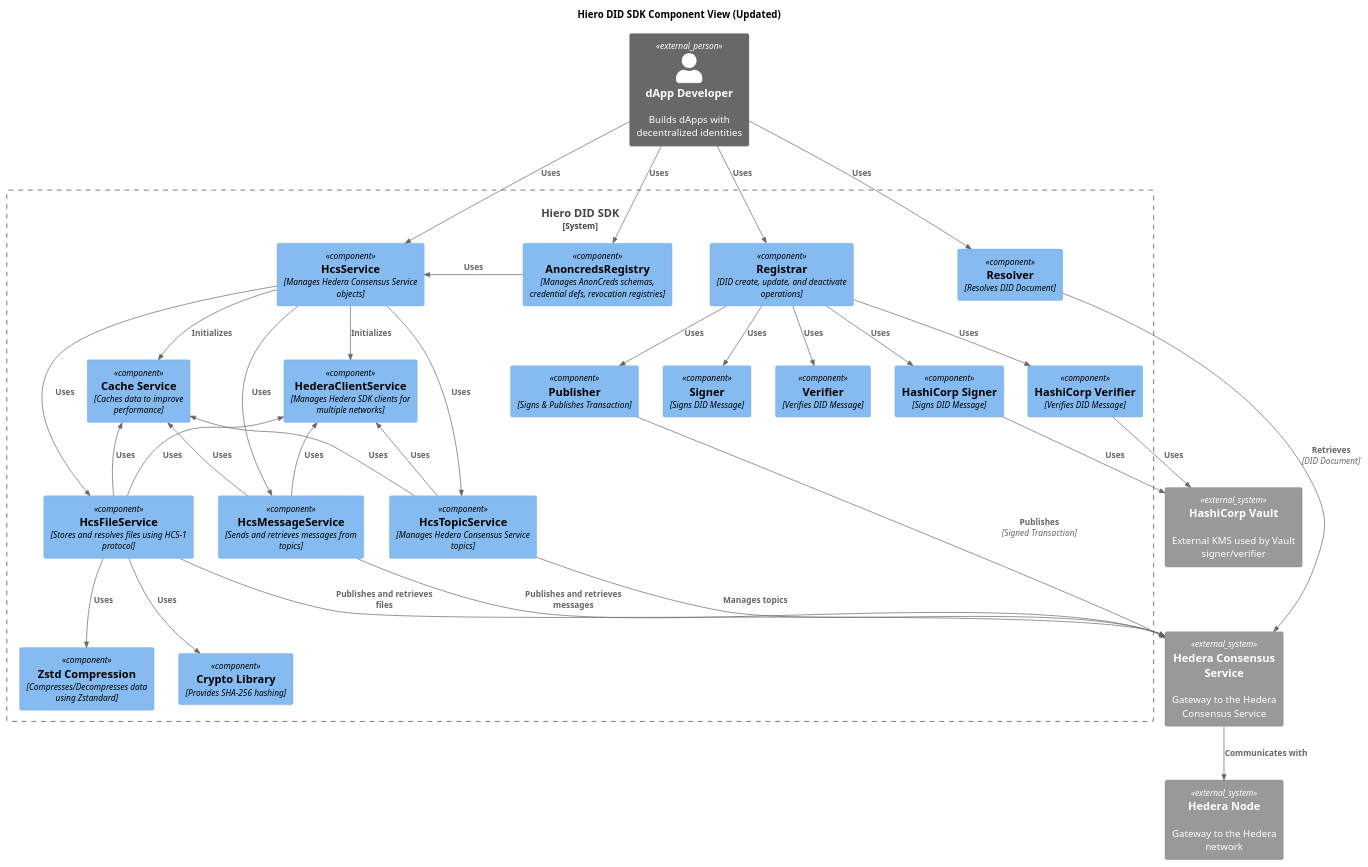
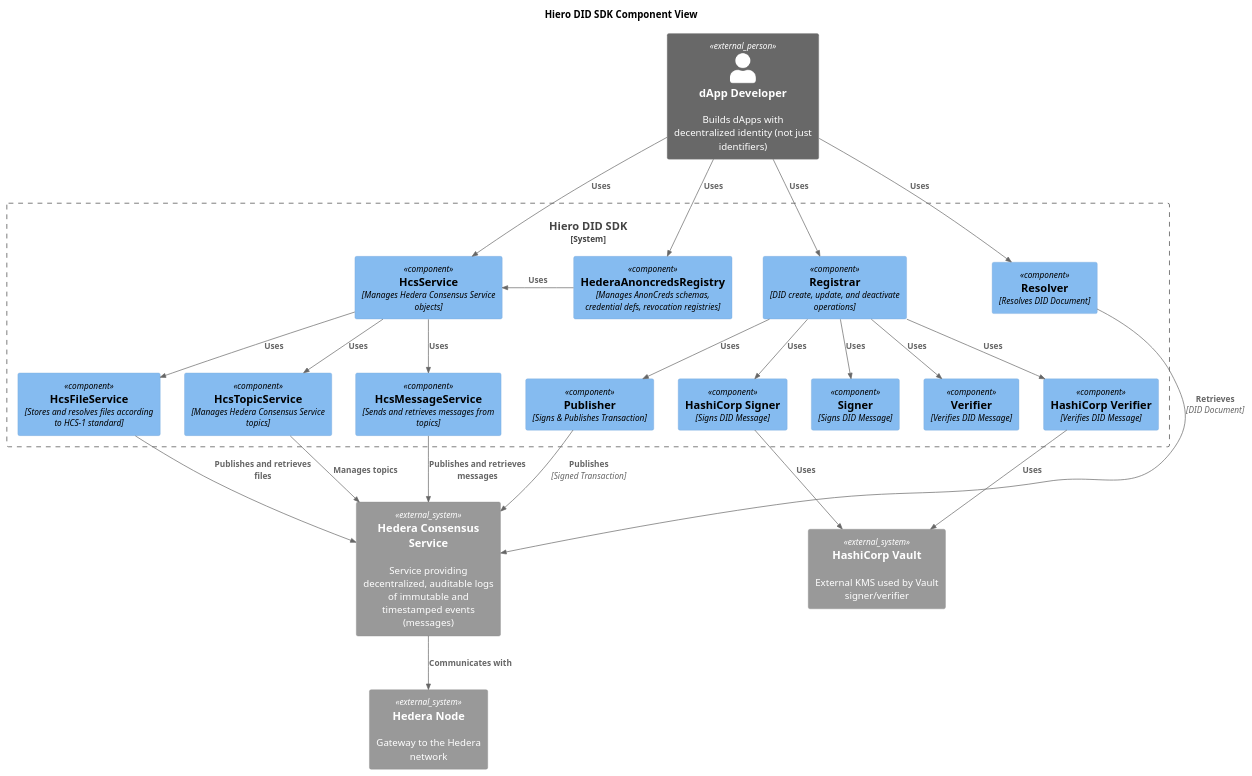
One commit to hiero-ledger/hiero-did-sdk-js changed the diagram in docs/modules/ROOT/pages/02-design/diagrams/component-view-diagram.puml. Above: the diagram before and after it, drawn with PlantUML. The commit also changed 35 other files, not shown here.

```diff
--- a/docs/modules/ROOT/pages/02-design/diagrams/component-view-diagram.puml
+++ b/docs/modules/ROOT/pages/02-design/diagrams/component-view-diagram.puml
@@ -1,86 +1,65 @@
 @startuml
 !include https://raw.githubusercontent.com/plantuml-stdlib/C4-PlantUML/master/C4_Component.puml
 
-title Hiero DID SDK Component View (Updated)
+title Hiero DID SDK Component View
 
-Person_Ext(developer, "dApp Developer", "Builds dApps with decentralized identities")
+Person_Ext(developer, "dApp Developer", "Builds dApps with decentralized identity (not just identifiers)")
 
 System_Boundary(c1, "Hiero DID SDK") {
 
   Component(registrar, "Registrar", "DID create, update, and deactivate operations")
   Component(resolver, "Resolver", "Resolves DID Document")
   Component(hcsService, "HcsService", "Manages Hedera Consensus Service objects")
-  Component(anoncredsRegistry, "AnoncredsRegistry", "Manages AnonCreds schemas, credential defs, revocation registries")
+  Component(anoncredsRegistry, "HederaAnoncredsRegistry", "Manages AnonCreds schemas, credential defs, revocation registries")
 
   Component(signer, "Signer", "Signs DID Message")
   Component(verifier, "Verifier", "Verifies DID Message")
 
   Component(publisher, "Publisher", "Signs & Publishes Transaction")
 
   Component(hashicorpSigner, "HashiCorp Signer", "Signs DID Message")
   Component(hashicorpVerifier, "HashiCorp Verifier", "Verifies DID Message")
 
-  Component(hederaClientService, "HederaClientService", "Manages Hedera SDK clients for multiple networks")
-
   Component(hcsTopicService, "HcsTopicService", "Manages Hedera Consensus Service topics")
   Component(hcsMessageService, "HcsMessageService", "Sends and retrieves messages from topics")
-  Component(hcsFileService, "HcsFileService", "Stores and resolves files using HCS-1 protocol")
-
-  Component(cache, "Cache Service", "Caches data to improve performance")
-
-  Component(crypto, "Crypto Library", "Provides SHA-256 hashing")
-  Component(zstd, "Zstd Compression", "Compresses/Decompresses data using Zstandard")
+  Component(hcsFileService, "HcsFileService", "Stores and resolves files according to HCS-1 standard")
 }
 
 System_Ext(hashicorp, "HashiCorp Vault", "External KMS used by Vault signer/verifier")
 
-System_Ext(topic, "Hedera Consensus Service", "Gateway to the Hedera Consensus Service")
+System_Ext(topic, "Hedera Consensus Service", "Service providing decentralized, auditable logs of immutable and timestamped events (messages)")
 System_Ext(hedera, "Hedera Node", "Gateway to the Hedera network")
 
 Rel(developer, registrar, "Uses")
 Rel(developer, resolver, "Uses")
 Rel(developer, hcsService, "Uses")
 Rel(developer, anoncredsRegistry, "Uses")
 
 Rel(registrar, signer, "Uses")
 Rel(registrar, verifier, "Uses")
 
 Rel(registrar, publisher, "Uses")
 
 Rel(registrar, hashicorpSigner, "Uses")
 Rel(registrar, hashicorpVerifier, "Uses")
 
 Rel(hashicorpSigner, hashicorp, "Uses")
 Rel_R(hashicorpVerifier, hashicorp, "Uses")
 
 Rel(publisher, topic, "Publishes", "Signed Transaction")
 Rel(resolver, topic, "Retrieves", "DID Document")
 
-Rel(hcsService, hederaClientService, "Initializes")
-Rel(hcsService, cache, "Initializes")
-
 Rel(hcsService, hcsTopicService, "Uses")
 Rel(hcsService, hcsMessageService, "Uses")
 Rel(hcsService, hcsFileService, "Uses")
-
-Rel_U(hcsTopicService, hederaClientService, "Uses")
-Rel_U(hcsMessageService, hederaClientService, "Uses")
-Rel_U(hcsFileService, hederaClientService, "Uses")
-
-Rel_U(hcsTopicService, cache, "Uses")
-Rel_U(hcsMessageService, cache, "Uses")
-Rel_U(hcsFileService, cache, "Uses")
-
-Rel(hcsFileService, crypto, "Uses")
-Rel(hcsFileService, zstd, "Uses")
 
 Rel(hcsMessageService, topic, "Publishes and retrieves messages")
 Rel(hcsFileService, topic, "Publishes and retrieves files")
 Rel(hcsTopicService, topic, "Manages topics")
 
 Rel_L(anoncredsRegistry, hcsService, "Uses")
 
 Rel(topic, hedera, "Communicates with")
 
 
 @enduml
```
